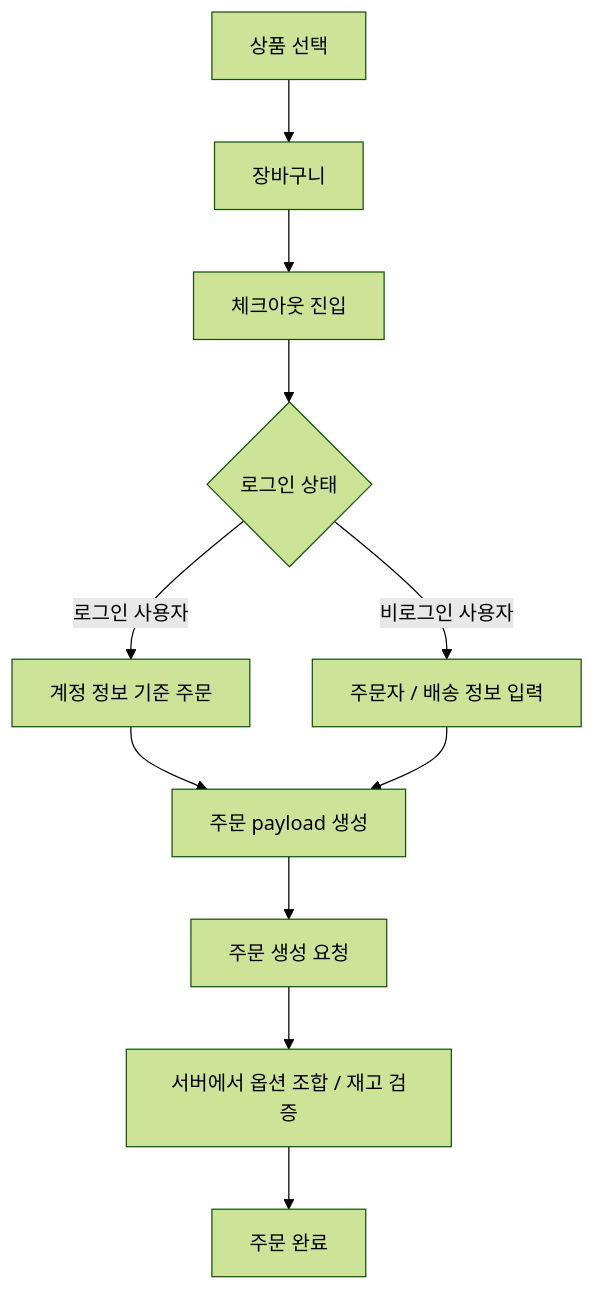
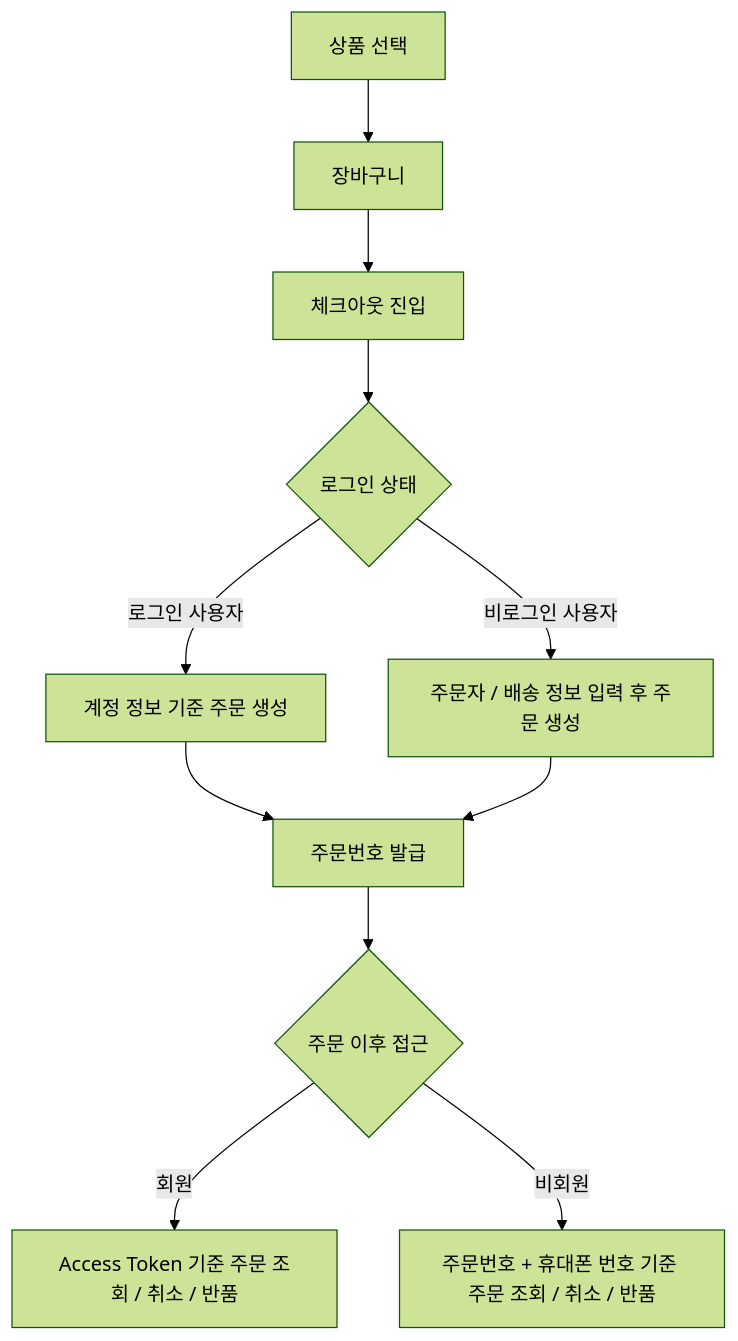
The third of 4 diagrams in README.md (Economy0326/shopping-frontend), drawn with Mermaid (forest theme) before and after one commit. The commit also changed other lines of this file, not shown here.

````diff
--- a/README.md
+++ b/README.md
@@ -285,16 +289,16 @@
 ```mermaid
 flowchart TD
   A["상품 선택"] --> B["장바구니"]
   B --> C["체크아웃 진입"]
   C --> D{"로그인 상태"}
 
-  D -->|로그인 사용자| E["계정 정보 기준 주문"]
-  D -->|비로그인 사용자| F["주문자 / 배송 정보 입력"]
+  D -->|로그인 사용자| E["계정 정보 기준 주문 생성"]
+  D -->|비로그인 사용자| F["주문자 / 배송 정보 입력 후 주문 생성"]
 
-  E --> G["주문 payload 생성"]
+  E --> G["주문번호 발급"]
   F --> G
 
-  G --> H["주문 생성 요청"]
-  H --> I["서버에서 옵션 조합 / 재고 검증"]
-  I --> J["주문 완료"]
+  G --> H{"주문 이후 접근"}
+  H -->|회원| I["Access Token 기준 주문 조회 / 취소 / 반품"]
+  H -->|비회원| J["주문번호 + 휴대폰 번호 기준 주문 조회 / 취소 / 반품"]
 ```
````
